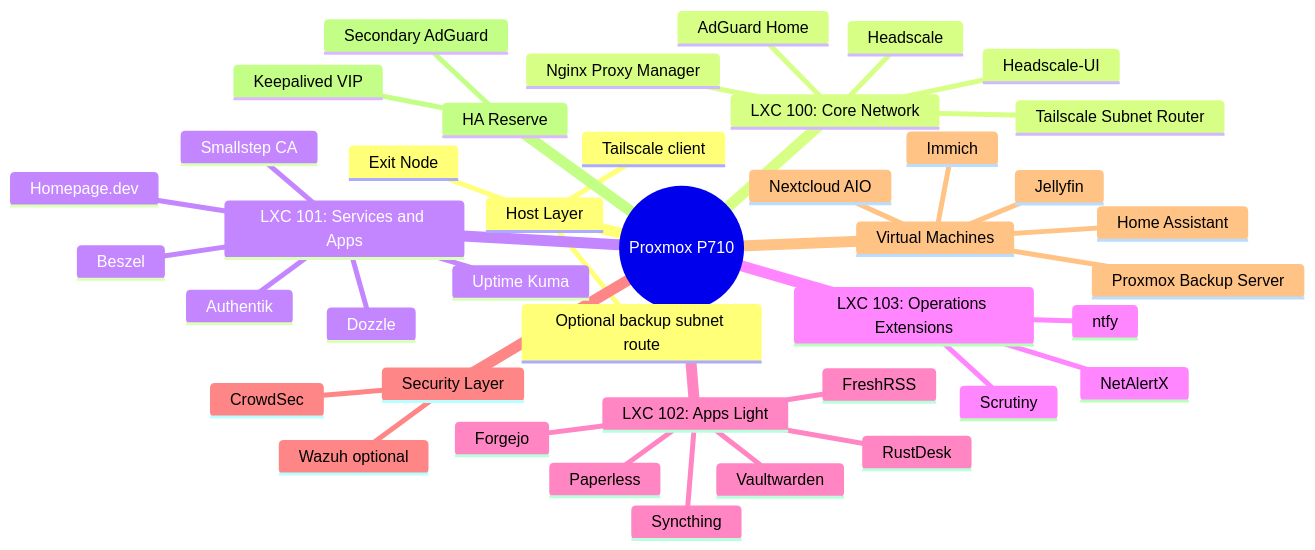
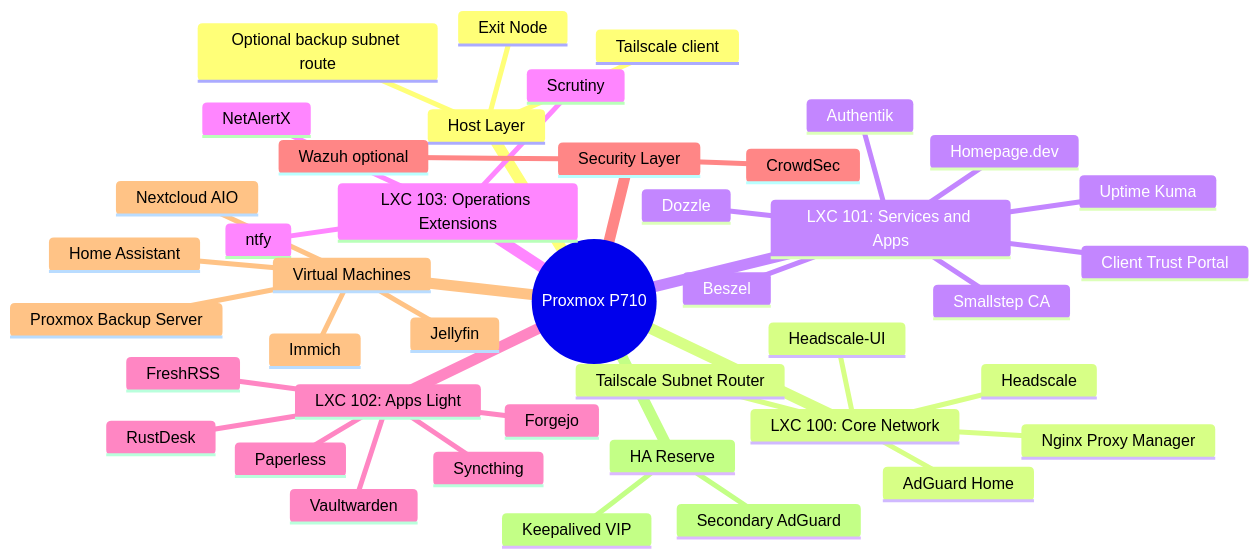
One commit to Mohamed-DN/Sovereign-Homelab changed the second of 2 diagrams in docs/00_overview/infrastructure_plan_and_map.md. Above: the diagram before and after it, drawn with Mermaid. The commit also changed other lines of this file and 85 other files, not shown here.

Commit message:
ops: add client trust and Immich protection

````diff
--- a/docs/00_overview/infrastructure_plan_and_map.md
+++ b/docs/00_overview/infrastructure_plan_and_map.md
@@ -45,44 +49,45 @@
 ```mermaid
 mindmap
   root((Proxmox P710))
     Host Layer
       Tailscale client
       Exit Node
       Optional backup subnet route
     LXC 100: Core Network
       AdGuard Home
       Nginx Proxy Manager
       Headscale
       Headscale-UI
       Tailscale Subnet Router
     LXC 101: Services and Apps
       Authentik
       Homepage.dev
       Uptime Kuma
       Beszel
       Dozzle
       Smallstep CA
+      Client Trust Portal
     LXC 103: Operations Extensions
       NetAlertX
       Scrutiny
       ntfy
     LXC 102: Apps Light
       Vaultwarden
       Syncthing
       Paperless
       FreshRSS
       Forgejo
       RustDesk
     Security Layer
       CrowdSec
       Wazuh optional
     Virtual Machines
       Proxmox Backup Server
       Immich
       Nextcloud AIO
       Home Assistant
       Jellyfin
     HA Reserve
       Secondary AdGuard
       Keepalived VIP
 ```
````
